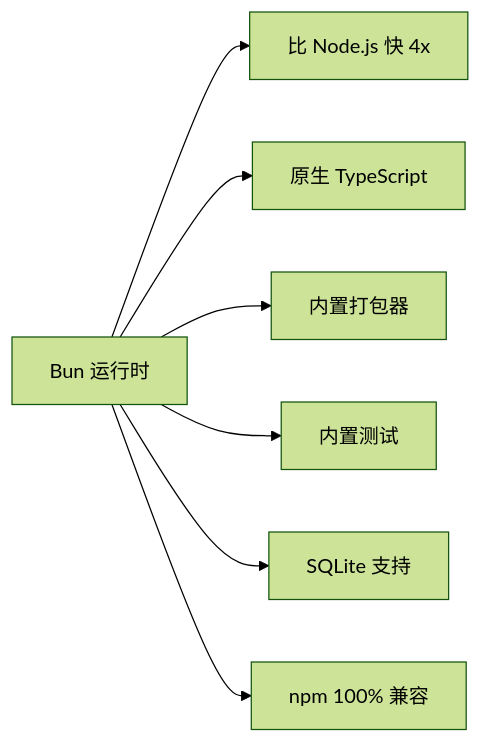
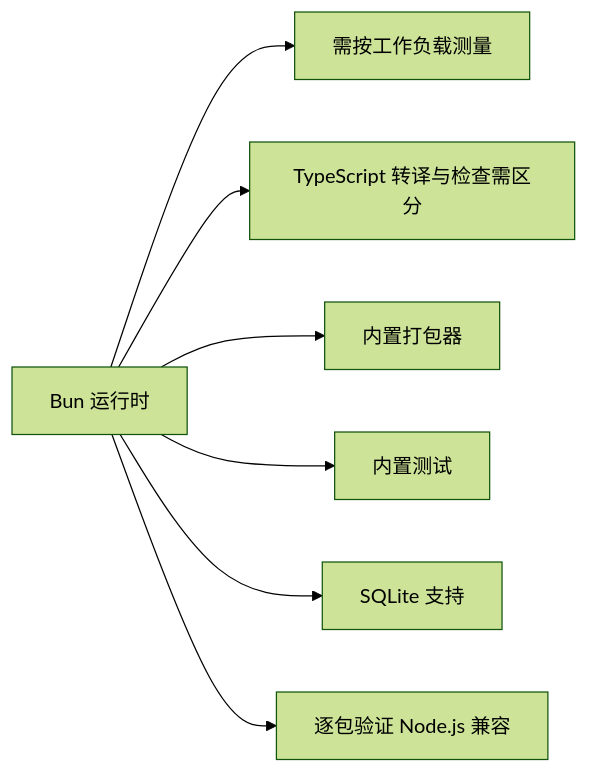
The diagram in docs/runtime/bun-guide.md (Shyu-x/frontend-interview), drawn with Mermaid (forest theme) before and after one commit. The commit also changed other lines of this file and 132 other files, not shown here.

````diff
--- a/docs/runtime/bun-guide.md
+++ b/docs/runtime/bun-guide.md
@@ -16,9 +22,9 @@
 ```mermaid
 graph LR
-    A[Bun 运行时] --> B[比 Node.js 快 4x]
-    A --> C[原生 TypeScript]
+    A[Bun 运行时] --> B[需按工作负载测量]
+    A --> C[TypeScript 转译与检查需区分]
     A --> D[内置打包器]
     A --> E[内置测试]
     A --> F[SQLite 支持]
-    A --> G[npm 100% 兼容]
+    A --> G[逐包验证 Node.js 兼容]
 ```
````
